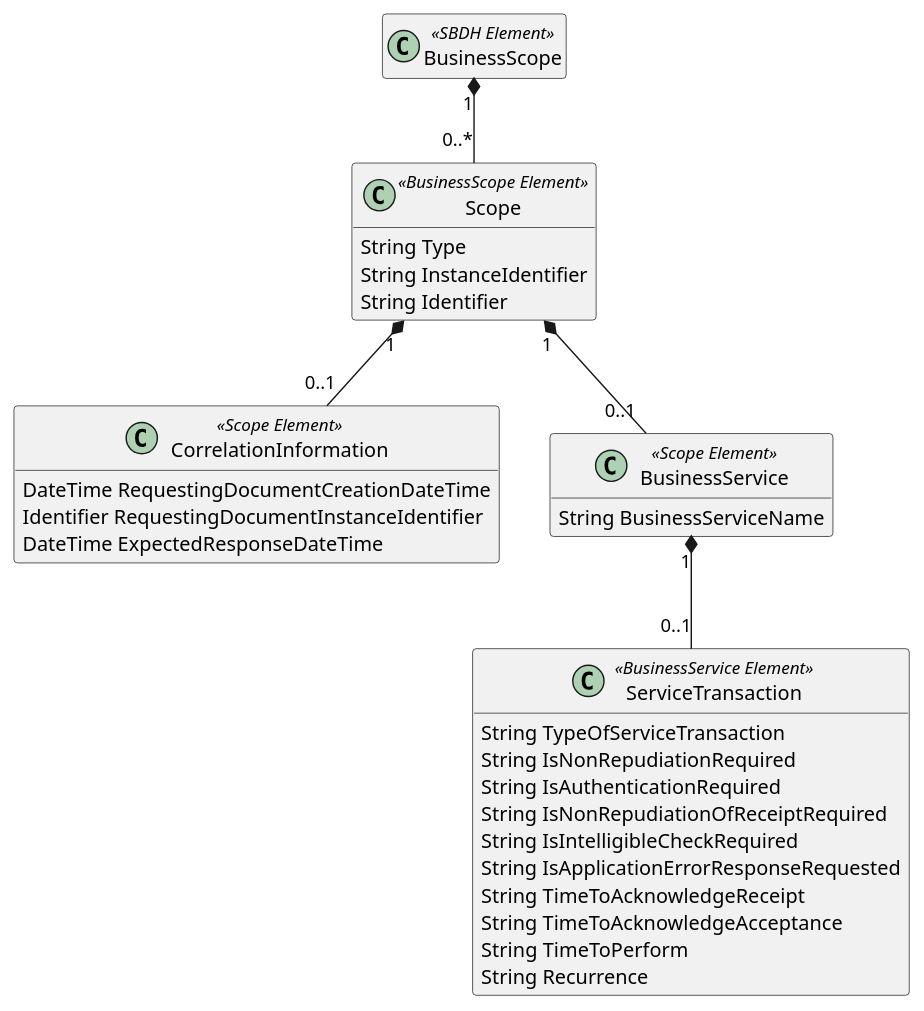
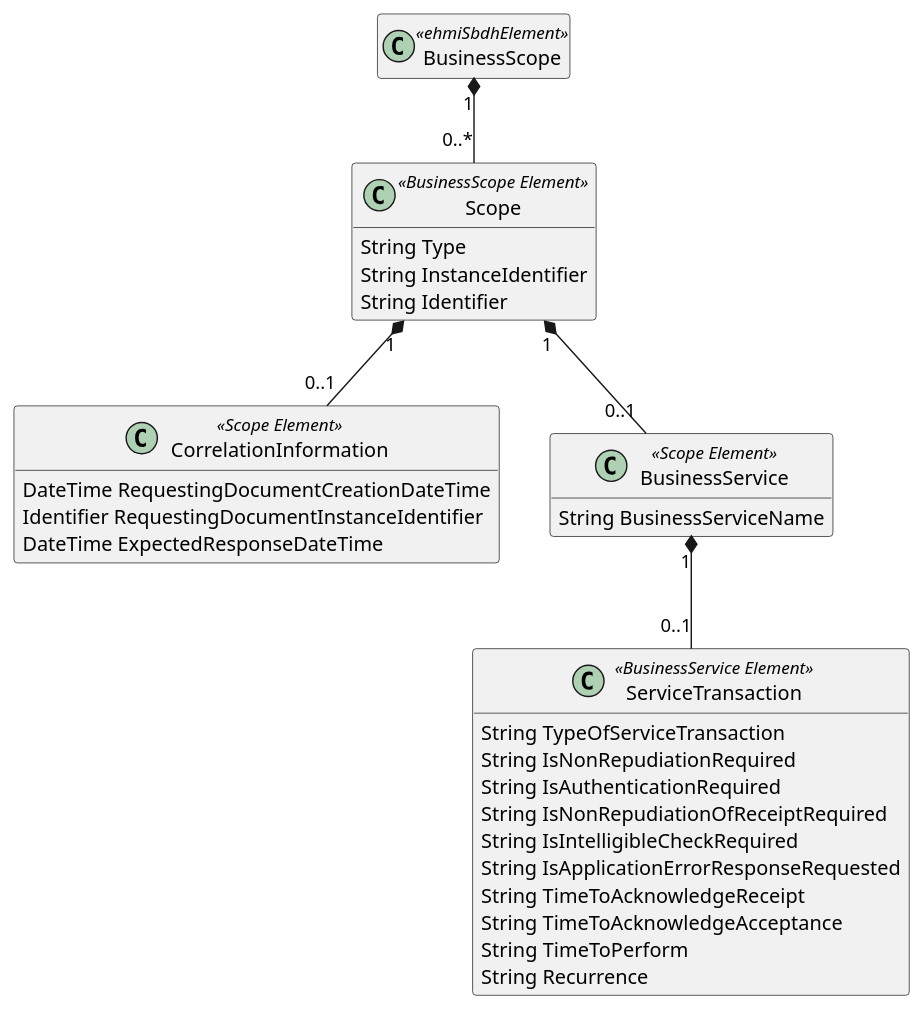
One commit to medcomdk/dk-ehmi-sbdh changed the diagram in images-source/ClassSbdhBusinessScopeComplex.plantuml. Above: the diagram before and after it, drawn with PlantUML. The commit also changed 25 other files, not shown here.

```diff
--- a/images-source/ClassSbdhBusinessScopeComplex.plantuml
+++ b/images-source/ClassSbdhBusinessScopeComplex.plantuml
@@ -1,54 +1,54 @@
 @startuml SBD
 
 hide empty members
 
 class BusinessScope
 {
 }
 
 class Scope
 {
     String Type
     String InstanceIdentifier
     String Identifier
 }
 
 Class CorrelationInformation
 {
     DateTime RequestingDocumentCreationDateTime
     Identifier RequestingDocumentInstanceIdentifier
     DateTime ExpectedResponseDateTime
 }
 
 Class BusinessService
 {
     String BusinessServiceName
 }
 
 Class ServiceTransaction
 {
     String TypeOfServiceTransaction
     String IsNonRepudiationRequired
     String IsAuthenticationRequired
     String IsNonRepudiationOfReceiptRequired
     String IsIntelligibleCheckRequired 
     String IsApplicationErrorResponseRequested
     String TimeToAcknowledgeReceipt
     String TimeToAcknowledgeAcceptance
     String TimeToPerform
     String Recurrence
   
 }
 
-class "BusinessScope" as BusinessScope <<SBDH Element>>
+class "BusinessScope" as BusinessScope <<ehmiSbdhElement>>
 class "Scope" as Scope <<BusinessScope Element>>
 class "CorrelationInformation" as CorrelationInformation <<Scope Element>>
 class "BusinessService" as BusinessService <<Scope Element>>
 class "ServiceTransaction" as ServiceTransaction <<BusinessService Element>>
 
 BusinessScope "1" *-- "0..*" Scope
 Scope "1" *-- "0..1" CorrelationInformation
 Scope "1" *-- "0..1" BusinessService
 BusinessService "1" *-- "0..1" ServiceTransaction
 
 @enduml
```
